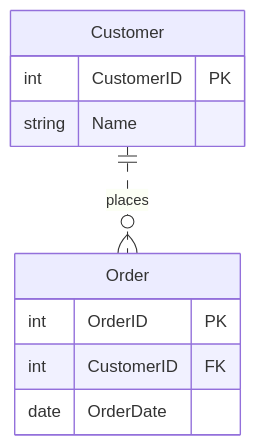
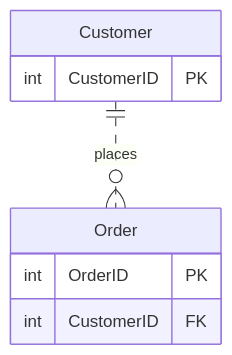
Before and after one commit to gracefullight/gracefullight.github.io: the third of 3 diagrams in blog/pe/db/data-modeling.md, drawn with Mermaid.

Commit message:
docs(pe): 📚️ data modeling

````diff
--- a/blog/pe/db/data-modeling.md
+++ b/blog/pe/db/data-modeling.md
@@ -54,13 +54,11 @@
 ```mermaid
 erDiagram
     Customer {
         int CustomerID PK
-        string Name
     }
     Order {
         int OrderID PK
         int CustomerID FK
-        date OrderDate
     }
     Customer ||..o{ Order : places
 ```
````
